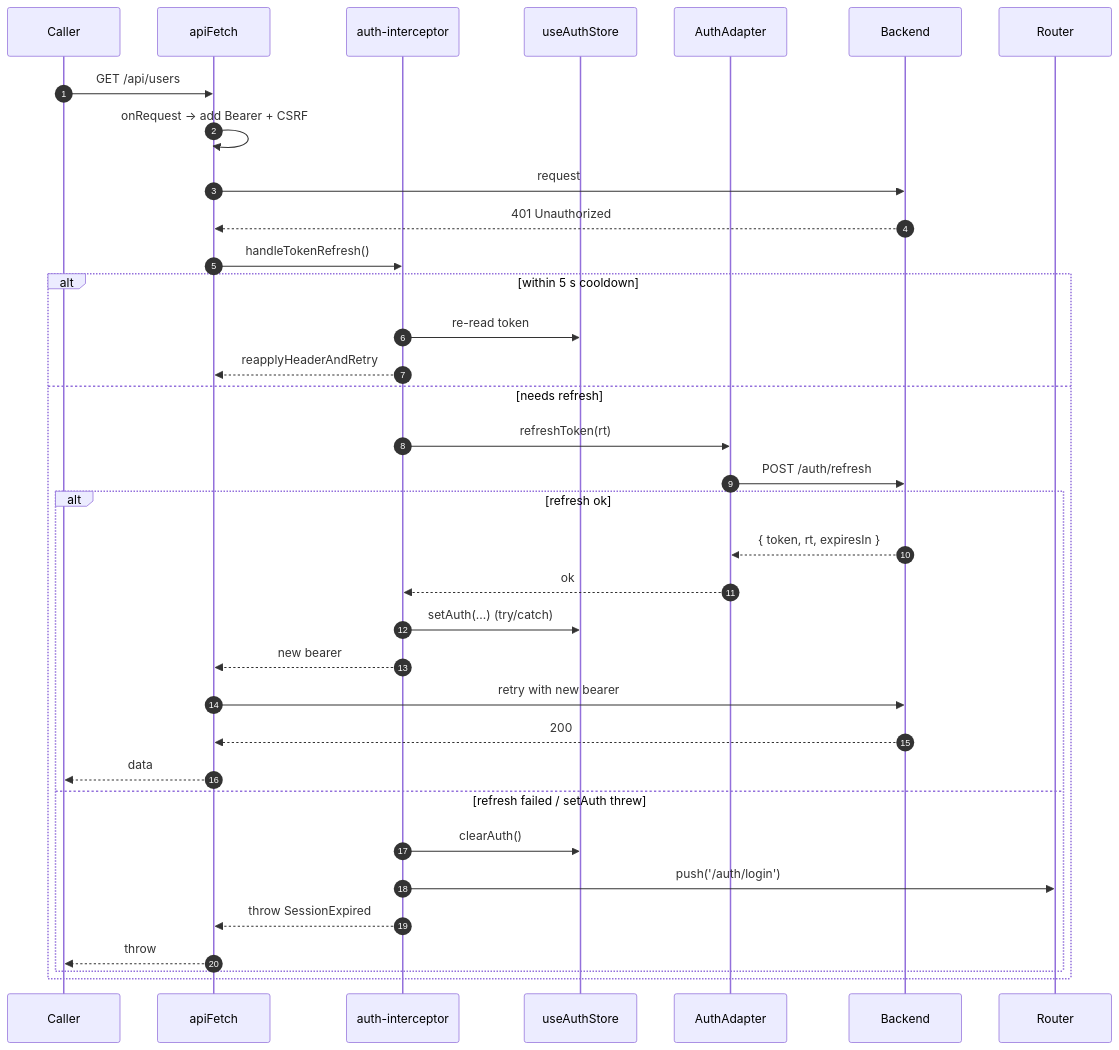
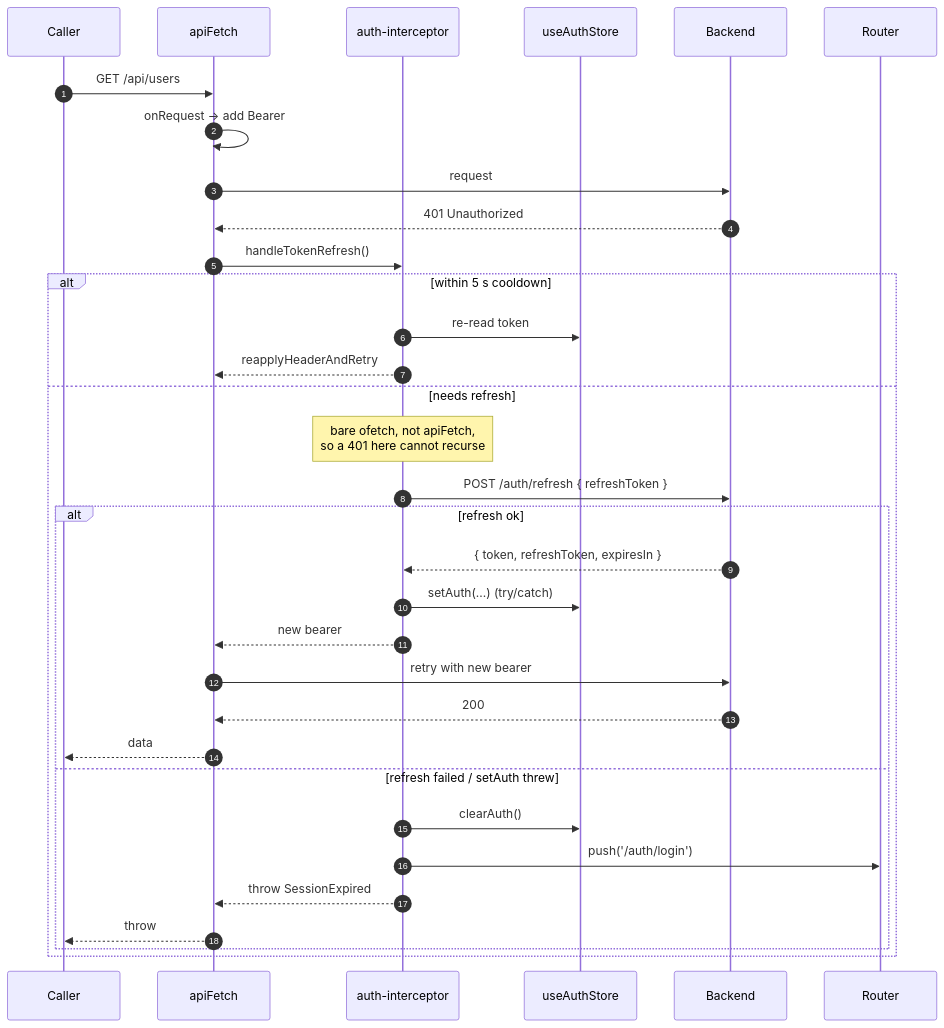
One commit to boussadjra/vuestrata changed the eighth of 14 diagrams in docs/6.configuration/3.auth-deep-dive.md. Above: the diagram before and after it, drawn with Mermaid. The commit also changed other lines of this file and 9 other files, not shown here.

````diff
--- a/docs/6.configuration/3.auth-deep-dive.md
+++ b/docs/6.configuration/3.auth-deep-dive.md
@@ -596,38 +624,36 @@
 ```mermaid
 sequenceDiagram
   autonumber
   participant Caller
   participant Fetch as apiFetch
   participant Int as auth-interceptor
   participant Store as useAuthStore
-  participant Adapter as AuthAdapter
   participant API as Backend
   participant Router
 
   Caller->>Fetch: GET /api/users
-  Fetch->>Fetch: onRequest -> add Bearer + CSRF
+  Fetch->>Fetch: onRequest -> add Bearer
   Fetch->>API: request
   API-->>Fetch: 401 Unauthorized
   Fetch->>Int: handleTokenRefresh()
   alt within 5 s cooldown
     Int->>Store: re-read token
     Int-->>Fetch: reapplyHeaderAndRetry
   else needs refresh
-    Int->>Adapter: refreshToken(rt)
-    Adapter->>API: POST /auth/refresh
+    Note over Int: bare ofetch, not apiFetch,<br/>so a 401 here cannot recurse
+    Int->>API: POST /auth/refresh { refreshToken }
     alt refresh ok
-      API-->>Adapter: { token, rt, expiresIn }
-      Adapter-->>Int: ok
+      API-->>Int: { token, refreshToken, expiresIn }
       Int->>Store: setAuth(...) (try/catch)
       Int-->>Fetch: new bearer
       Fetch->>API: retry with new bearer
       API-->>Fetch: 200
       Fetch-->>Caller: data
     else refresh failed / setAuth threw
       Int->>Store: clearAuth()
       Int->>Router: push('/auth/login')
       Int-->>Fetch: throw SessionExpired
       Fetch-->>Caller: throw
     end
   end
 ```
````
